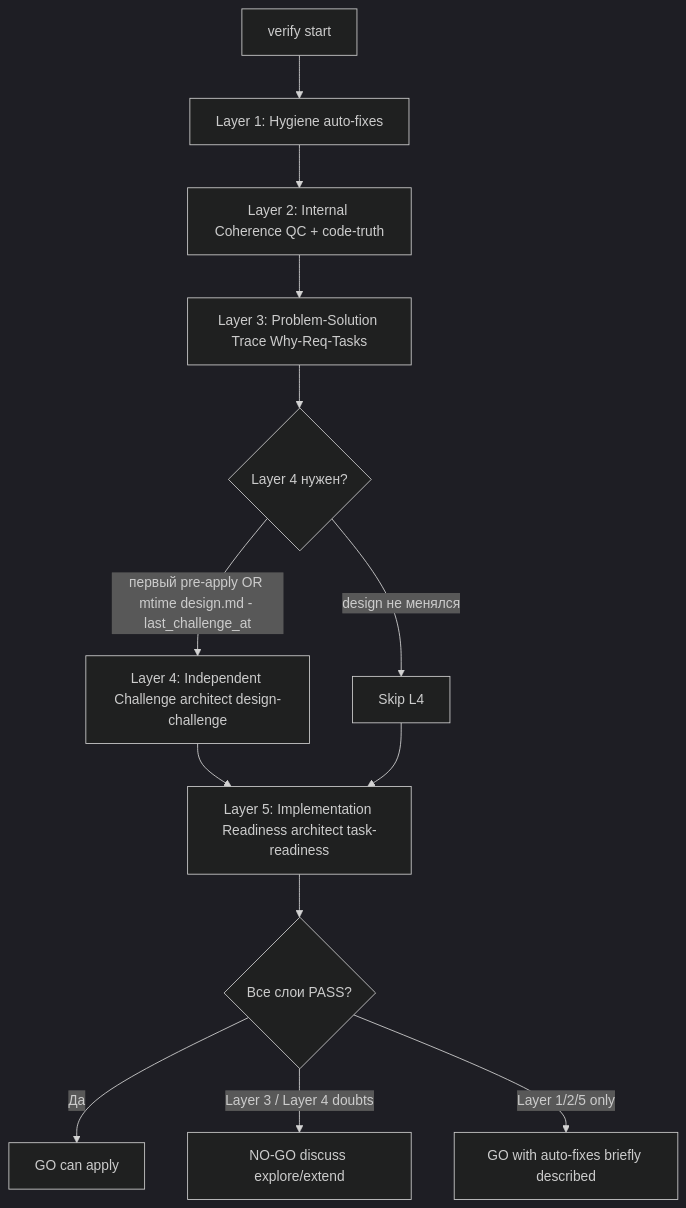
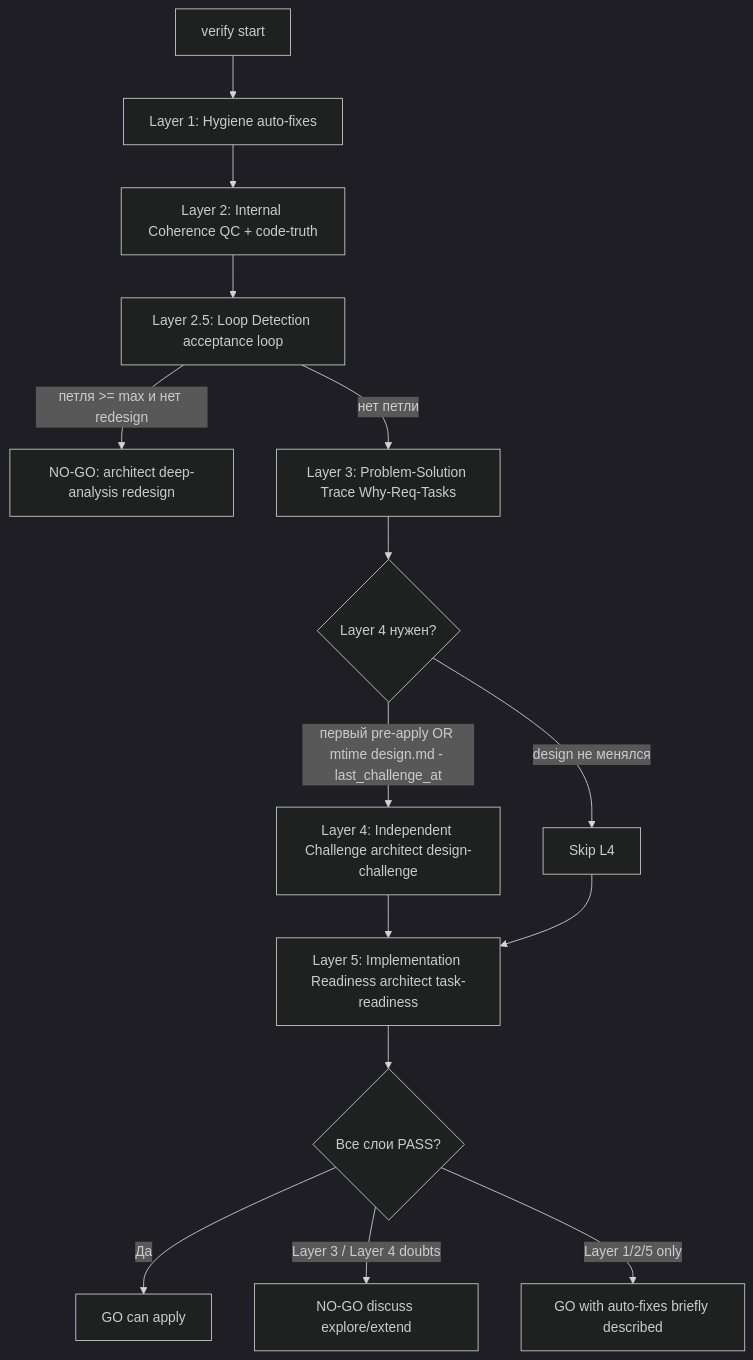
The diagram in .cursor/skills/openspec-verify-change/SKILL.md (Borisov-Ivan/1c-ai-development-kit-van), drawn with Mermaid (dark theme) before and after one commit. The commit also changed other lines of this file and 6 other files, not shown here.

````diff
--- a/.cursor/skills/openspec-verify-change/SKILL.md
+++ b/.cursor/skills/openspec-verify-change/SKILL.md
@@ -25,16 +25,18 @@
 ```mermaid
 flowchart TD
   start[verify start] --> L1[Layer 1: Hygiene auto-fixes]
   L1 --> L2[Layer 2: Internal Coherence QC + code-truth]
-  L2 --> L3[Layer 3: Problem-Solution Trace Why-Req-Tasks]
+  L2 --> L25[Layer 2.5: Loop Detection acceptance loop]
+  L25 -->|петля >= max и нет redesign| LoopNoGo[NO-GO: architect deep-analysis redesign]
+  L25 -->|нет петли| L3[Layer 3: Problem-Solution Trace Why-Req-Tasks]
   L3 --> Trigger{Layer 4 нужен?}
   Trigger -->|первый pre-apply OR mtime design.md - last_challenge_at| L4[Layer 4: Independent Challenge architect design-challenge]
   Trigger -->|design не менялся| Skip[Skip L4]
   L4 --> L5
   Skip --> L5
   L5[Layer 5: Implementation Readiness architect task-readiness]
   L5 --> Verdict{Все слои PASS?}
   Verdict -->|Да| GO[GO can apply]
   Verdict -->|Layer 3 / Layer 4 doubts| NoGo[NO-GO discuss explore/extend]
   Verdict -->|Layer 1/2/5 only| Hygiene[GO with auto-fixes briefly described]
 ```
````
